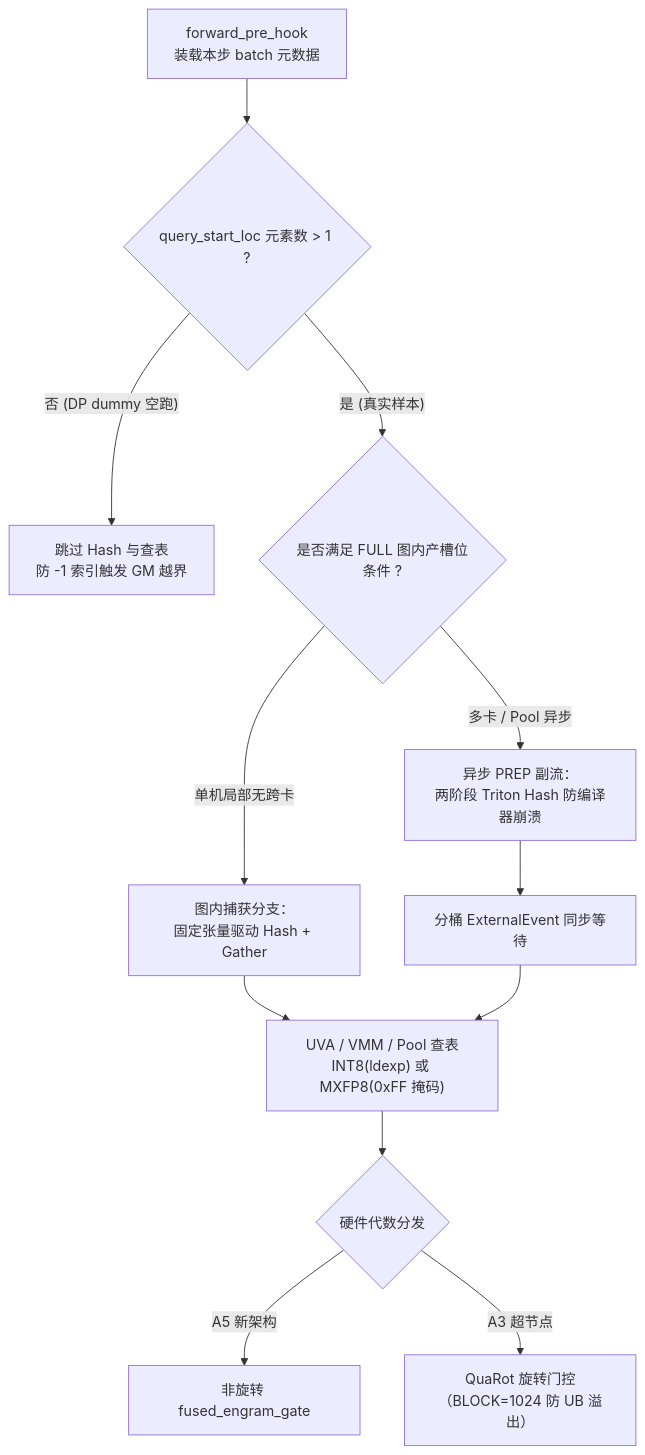
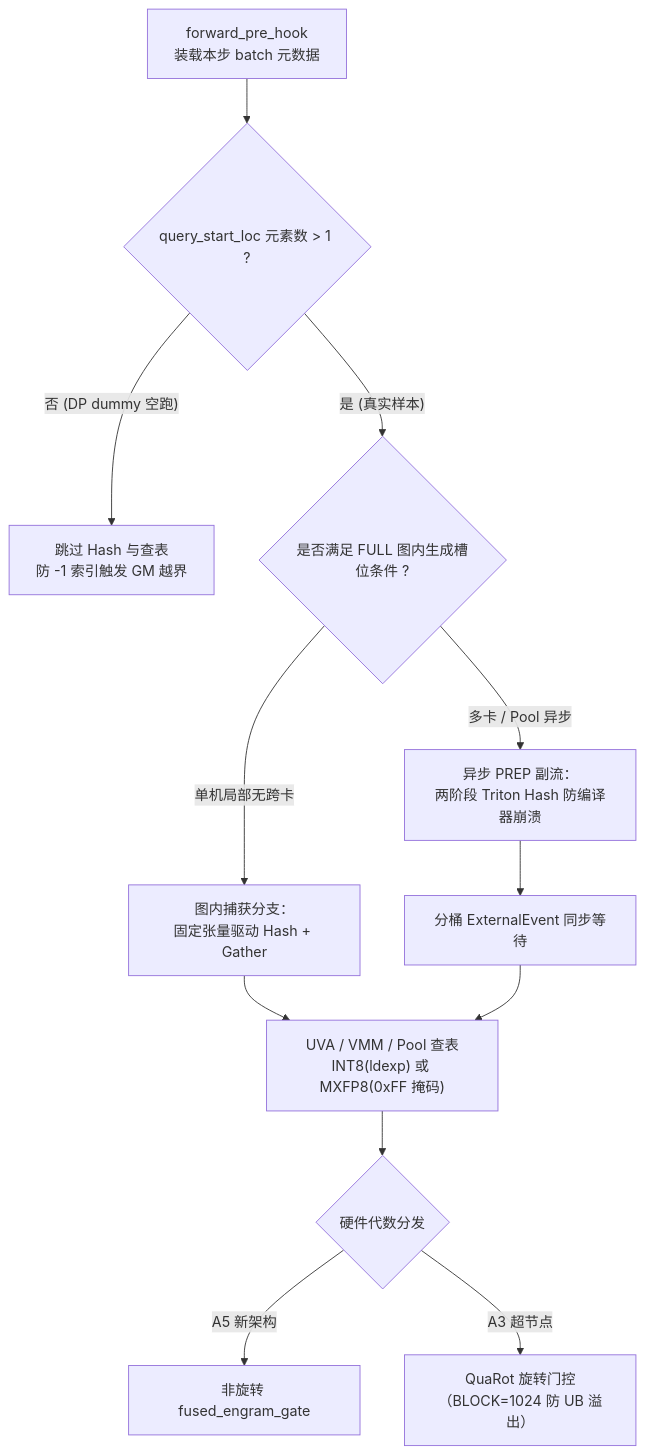
The fourth of 4 diagrams in src/content/posts/deepseek/07-engram/index.mdx (xingcanlee/infra-note), drawn with Mermaid before and after one commit. The commit also changed other lines of this file and 154 other files, not shown here.

````diff
--- a/src/content/posts/deepseek/07-engram/index.mdx
+++ b/src/content/posts/deepseek/07-engram/index.mdx
@@ -548,14 +577,14 @@
 ```mermaid caption="图 16：vllm-ascend@b776261e 昇腾端到端流同步、ACLGraph 双轨分支与越界保护链路"
 flowchart TD
     PRE["forward_pre_hook<br/>装载本步 batch 元数据"] --> DUMMY{"query_start_loc 元素数 > 1 ?"}
     DUMMY -->|"否 (DP dummy 空跑)"| SKIP["跳过 Hash 与查表<br/>防 -1 索引触发 GM 越界"]
-    DUMMY -->|"是 (真实样本)"| MODE{"是否满足 FULL 图内产槽位条件 ?"}
+    DUMMY -->|"是 (真实样本)"| MODE{"是否满足 FULL 图内生成槽位条件 ?"}
     MODE -->|"单机局部无跨卡"| IN_G["图内捕获分支：<br/>固定张量驱动 Hash + Gather"]
     MODE -->|"多卡 / Pool 异步"| OUT_G["异步 PREP 副流：<br/>两阶段 Triton Hash 防编译器崩溃"]
     IN_G --> DEC["UVA / VMM / Pool 查表<br/>INT8(ldexp) 或 MXFP8(0xFF 掩码)"]
     OUT_G --> EVT["分桶 ExternalEvent 同步等待"]
     EVT --> DEC
     DEC --> GATE{"硬件代数分发"}
     GATE -->|"A5 新架构"| A5["非旋转 fused_engram_gate"]
     GATE -->|"A3 超节点"| A3["QuaRot 旋转门控（BLOCK=1024 防 UB 溢出）"]
 ```
````
